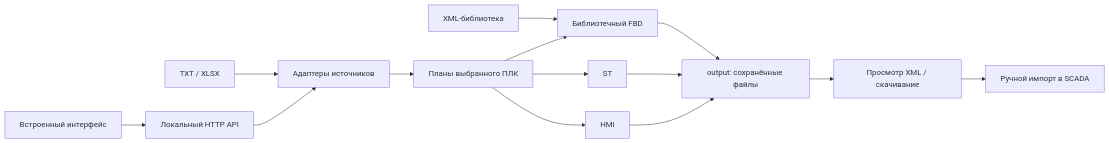
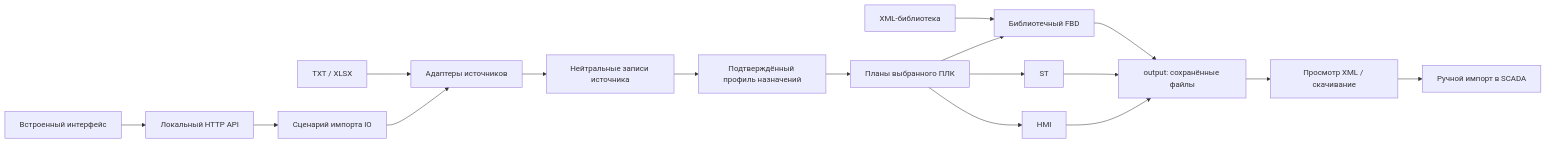
One commit to KovalenkoNS/scheme-xml-generator changed the diagram in docs/02-current-implementation.md. Above: the diagram before and after it, drawn with Mermaid. The commit also changed other lines of this file and 46 other files, not shown here.

````diff
--- a/docs/02-current-implementation.md
+++ b/docs/02-current-implementation.md
@@ -25,16 +27,19 @@
 ```mermaid
 flowchart LR
     UI[Встроенный интерфейс] --> API[Локальный HTTP API]
     Files[TXT / XLSX] --> Parse[Адаптеры источников]
-    API --> Parse
-    Parse --> Plans[Планы выбранного ПЛК]
+    API --> ImportIO[Сценарий импорта IO]
+    ImportIO --> Parse
+    Parse --> Records[Нейтральные записи источника]
+    Records --> Profile[Подтверждённый профиль назначений]
+    Profile --> Plans[Планы выбранного ПЛК]
     Library[XML-библиотека] --> FBD[Библиотечный FBD]
     Plans --> FBD
     Plans --> ST[ST]
     Plans --> HMI[HMI]
     FBD --> Out[output: сохранённые файлы]
     ST --> Out
     HMI --> Out
     Out --> Viewer[Просмотр XML / скачивание]
     Viewer --> Import[Ручной импорт в SCADA]
 ```
````
